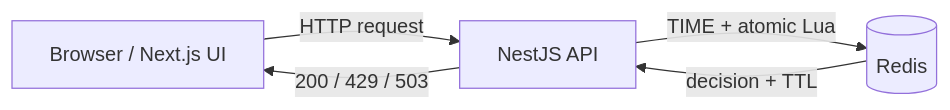
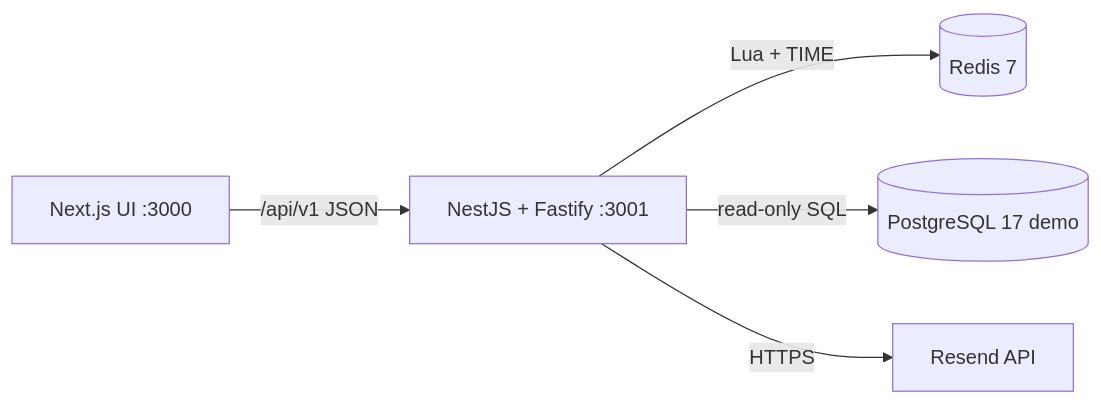
The diagram in docs/architecture.md (PVG341/BackendPortfolio), drawn with Mermaid before and after one commit. The commit also changed other lines of this file and 9 other files, not shown here.

Commit message:
docs: complete Phase 6 - architecture, security boundaries, ADRs, and verification

````diff
--- a/docs/architecture.md
+++ b/docs/architecture.md
@@ -3,7 +3,7 @@
 ```mermaid
 flowchart LR
-  Browser[Browser / Next.js UI] -->|HTTP request| API[NestJS API]
-  API -->|TIME + atomic Lua| Redis[(Redis)]
-  Redis -->|decision + TTL| API
-  API -->|200 / 429 / 503| Browser
+  Browser[Next.js UI :3000] -->|/api/v1 JSON| API[NestJS + Fastify :3001]
+  API -->|Lua + TIME| Redis[(Redis 7)]
+  API -->|read-only SQL| PG[(PostgreSQL 17 demo)]
+  API -->|HTTPS| Resend[Resend API]
 ```
````
